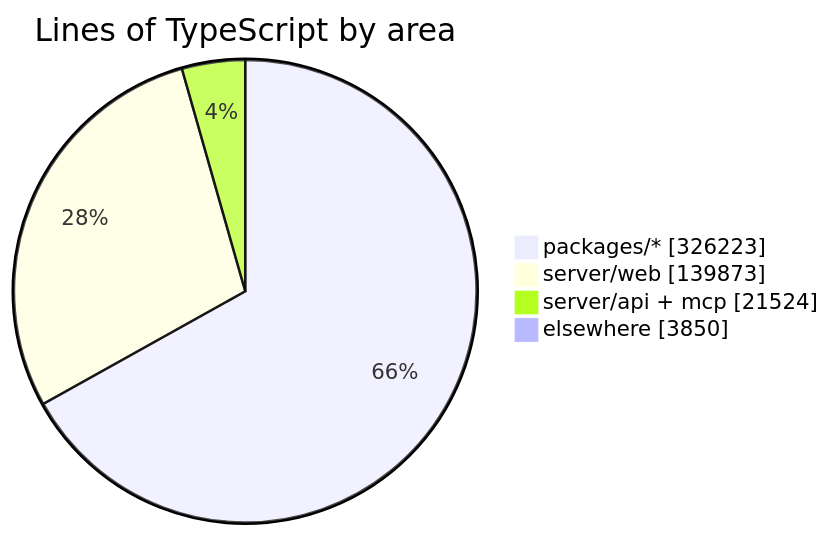
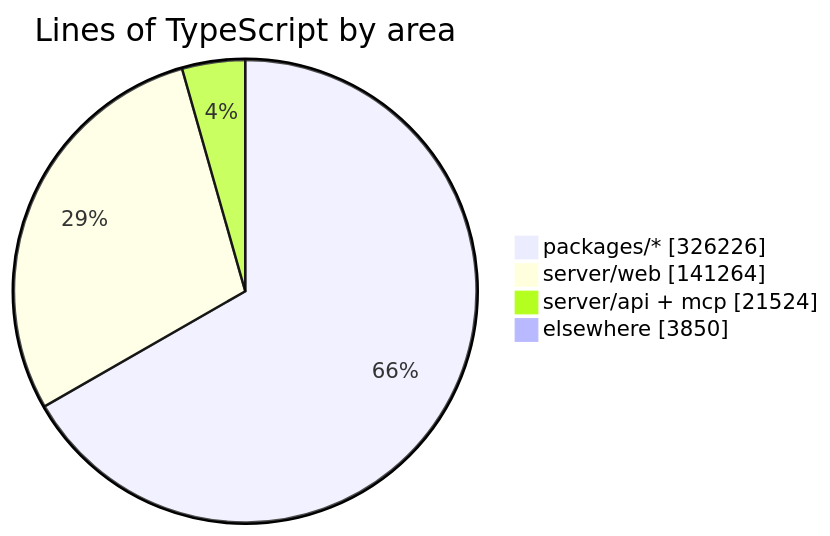
Before and after one commit to crossworks-engineering/mantle: the diagram in README.md, drawn with Mermaid. The commit also changed other lines of this file and 2 other files, not shown here.

````diff
--- a/README.md
+++ b/README.md
@@ -294,7 +294,7 @@
 ```mermaid
 pie showData title Lines of TypeScript by area
-    "packages/*" : 326223
-    "server/web" : 139873
+    "packages/*" : 326226
+    "server/web" : 141264
     "server/api + mcp" : 21524
     "elsewhere" : 3850
 ```
````
